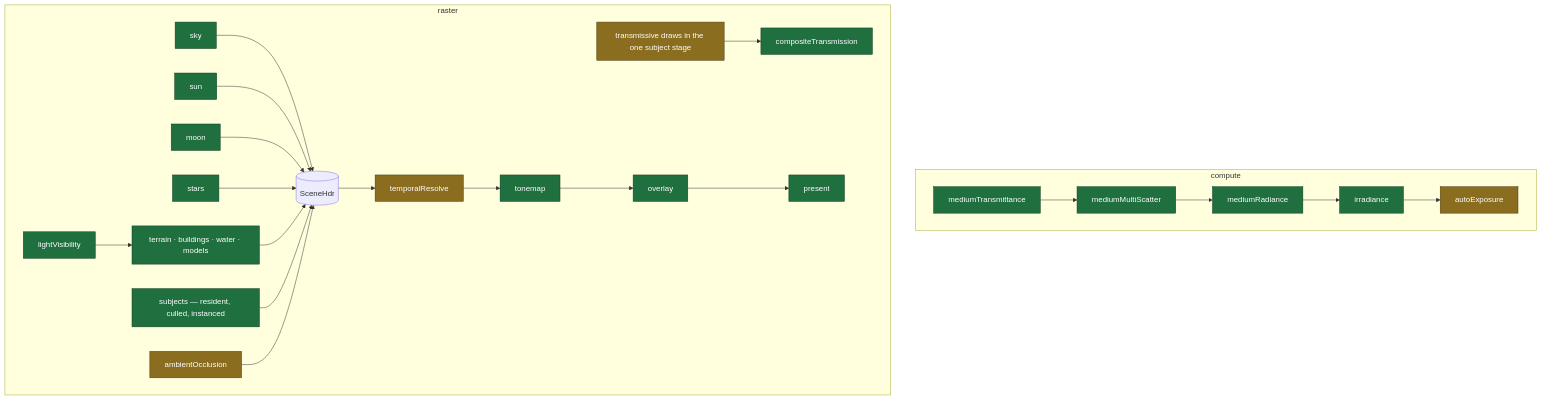
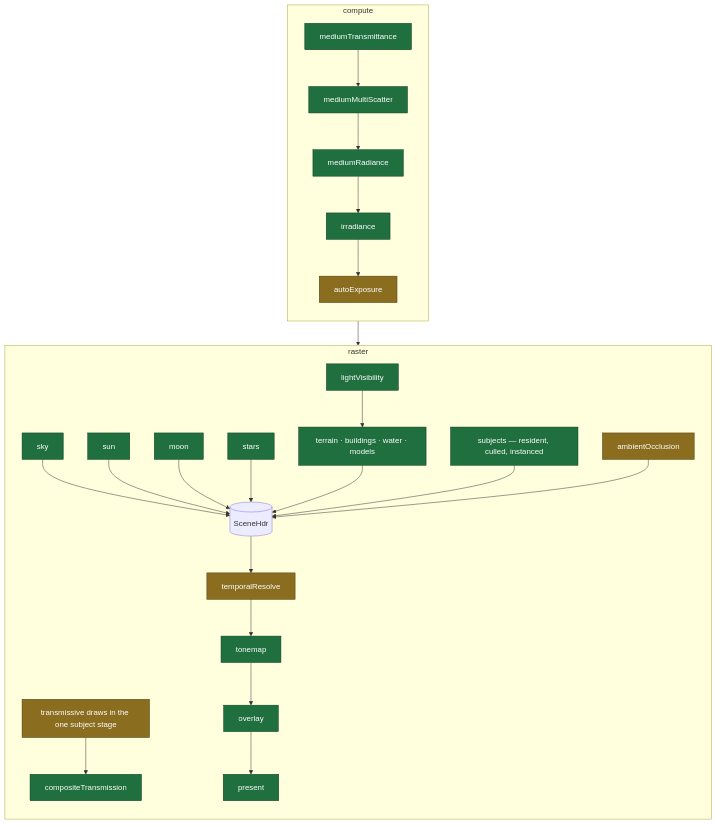
The fifth of 11 diagrams in CLAUDE.md (Weichwolf/outshine), drawn with Mermaid before and after one commit. The commit also changed other lines of this file, not shown here.

Commit message:
CLAUDE.md: the two render-plan diagrams stack vertically -- the compute chain feeds the sky, so the subgraphs order themselves

````diff
--- a/CLAUDE.md
+++ b/CLAUDE.md
@@ -126,22 +129,25 @@
 ```mermaid
 flowchart TD
   subgraph compute
+    direction TB
     T2["mediumTransmittance"] --> M2["mediumMultiScatter"] --> R2["mediumRadiance"]
     R2 --> IR["irradiance"] --> AE["autoExposure"]
   end
   subgraph raster
+    direction TB
     LV2["lightVisibility"] --> GEO
     SKY2["sky"] --> HDR2[("SceneHdr")]
     SUN["sun"] & MOON["moon"] & STARS["stars"] --> HDR2
     GEO["terrain · buildings · water · models"] --> HDR2
     SUBJ2["subjects — resident, culled, instanced"] --> HDR2
     GLASS2["transmissive draws in the one subject stage"] --> CT2["compositeTransmission"]
     AO["ambientOcclusion"] --> HDR2
     HDR2 --> TAA2["temporalResolve"] --> TONE2["tonemap"] --> OV2["overlay"] --> P2["present"]
   end
+  R2 --> SKY2
 
   classDef sure fill:#1f6f3f,stroke:#0d3b21,color:#fff
   classDef likely fill:#8a6d1f,stroke:#4a3a0d,color:#fff
   class T2,M2,R2,LV2,SKY2,SUBJ2,CT2,TONE2,OV2,P2,GEO,SUN,MOON,STARS,IR sure
   class AE,AO,TAA2,GLASS2 likely
 ```
````
